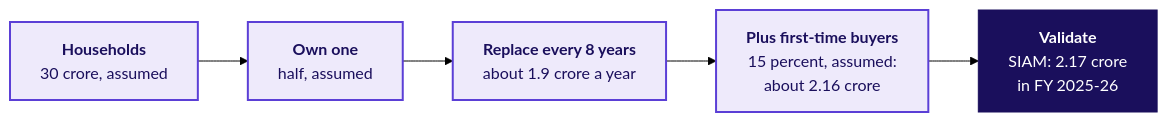
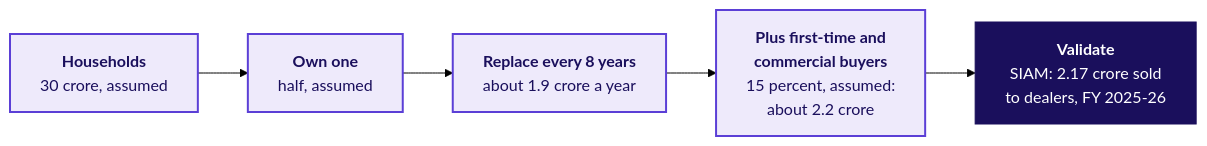
The second of 2 diagrams in content/W04/D5/slides/C2_W04_D05_half2_STUDENT.md (fde-academy-lab/c2-content-factory), drawn with Mermaid (forest theme) before and after one commit. The commit also changed other lines of this file and 8 other files, not shown here.

````diff
--- a/content/W04/D5/slides/C2_W04_D05_half2_STUDENT.md
+++ b/content/W04/D5/slides/C2_W04_D05_half2_STUDENT.md
@@ -162,11 +169,11 @@
 ```mermaid
 flowchart LR
     H["<b>Households</b><br/>30 crore, assumed"] --> O["<b>Own one</b><br/>half, assumed"]
     O --> R["<b>Replace every 8 years</b><br/>about 1.9 crore a year"]
-    R --> F["<b>Plus first-time buyers</b><br/>15 percent, assumed:<br/>about 2.16 crore"]
-    F --> V["<b>Validate</b><br/>SIAM: 2.17 crore<br/>in FY 2025-26"]
+    R --> F["<b>Plus first-time and<br/>commercial buyers</b><br/>15 percent, assumed:<br/>about 2.2 crore"]
+    F --> V["<b>Validate</b><br/>SIAM: 2.17 crore sold<br/>to dealers, FY 2025-26"]
     classDef known fill:#EEEAFB,stroke:#5B3FD6,color:#1A0F5C,stroke-width:2px
     classDef lit fill:#1A0F5C,stroke:#1A0F5C,color:#FFFFFF
     class H,O,R,F known
     class V lit
 ```
````
